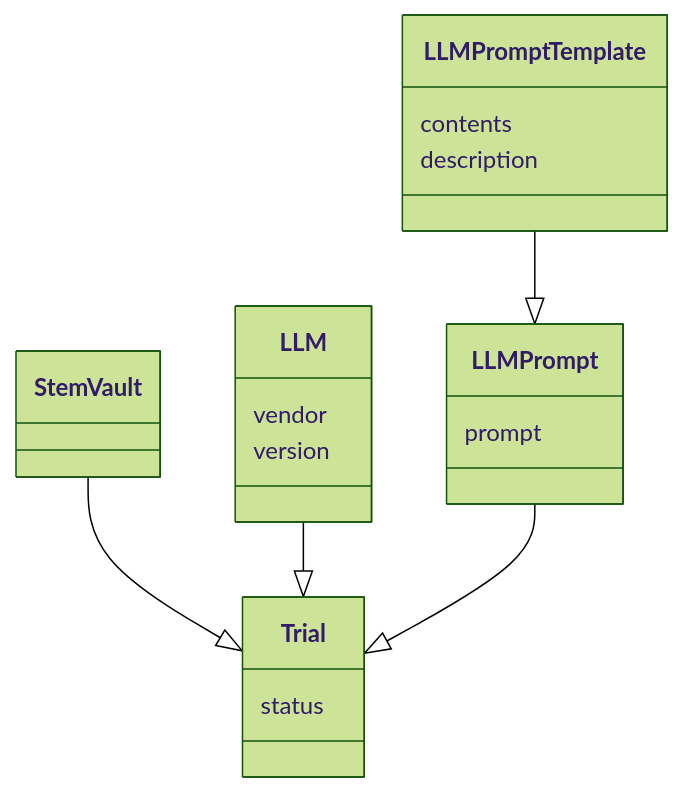
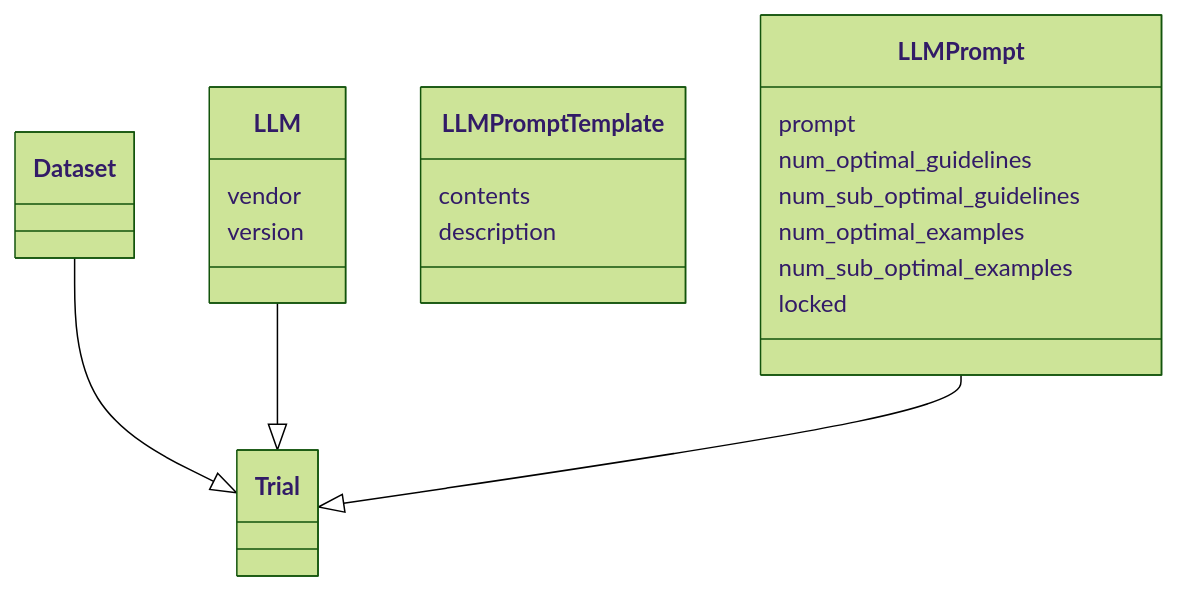
Before and after one commit to empirical-org/Empirical-Core: the second of 4 diagrams in services/QuillLMS/engines/evidence/app/models/evidence/research/readme.md, drawn with Mermaid (forest theme). The commit also changed other lines of this file and 7 other files, not shown here.

````diff
--- a/services/QuillLMS/engines/evidence/app/models/evidence/research/readme.md
+++ b/services/QuillLMS/engines/evidence/app/models/evidence/research/readme.md
@@ -33,24 +46,23 @@
 ```mermaid
 classDiagram
     class LLM {
          vendor
          version
     }
     class LLMPrompt {
          prompt
+         num_optimal_guidelines
+         num_sub_optimal_guidelines
+         num_optimal_examples
+         num_sub_optimal_examples
+         locked
     }
     class LLMPromptTemplate {
          contents
          description
     }
-    class StemVault {
-    }
-    class Trial {
-         status
-    }
 
-    StemVault --|> Trial
+    Dataset --|> Trial
     LLM --|> Trial
-    LLMPromptTemplate --|> LLMPrompt
     LLMPrompt --|> Trial
 ```
````
